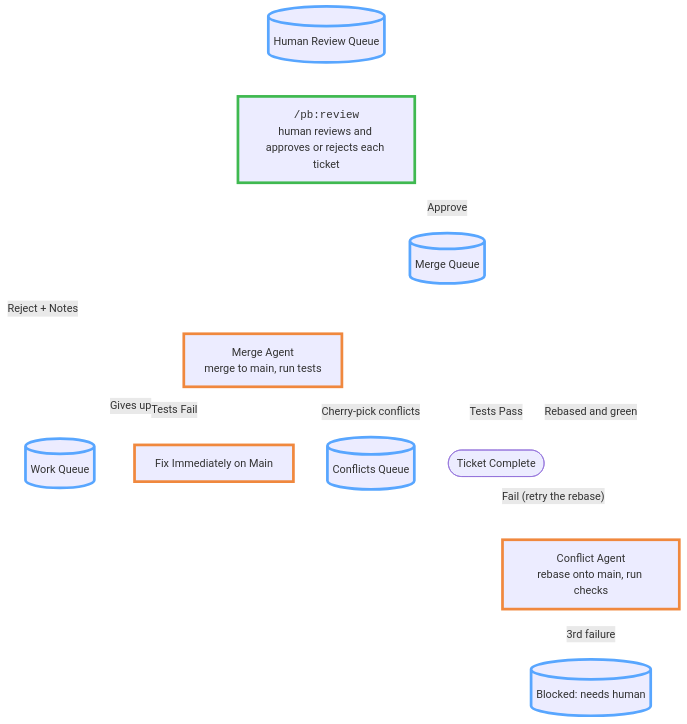
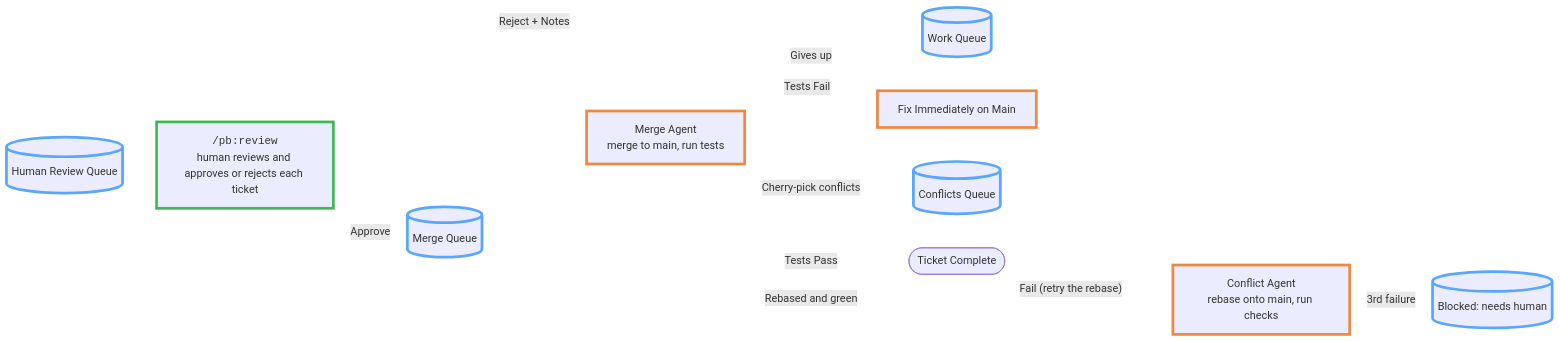
The third of 4 diagrams in handbook.md (ashleydavis/playbook), drawn with Mermaid before and after one commit. The commit also changed other lines of this file, not shown here.

Commit message:
Made the pipeline diagrams flow left to right so each fits on one screen
Top to bottom, each diagram was still taller than one screen. Left to right, each is about four times wider than it is tall, at the cost of smaller text when the page scales it to fit.

````diff
--- a/handbook.md
+++ b/handbook.md
@@ -166,27 +166,27 @@
 ```mermaid
 %%{init: {'themeVariables': {'lineColor': '#ffffff'}, 'themeCSS': '.edgeLabel p { padding: 4px 8px; }'}}%%
-flowchart TD
+flowchart LR
     HR[("Human Review Queue")] --> VIEW
 
     VIEW["<span style='font-family:monospace'>/pb:review</span><br/>human reviews and approves or rejects each ticket"]
 
     VIEW -->|Reject + Notes| WQ[("Work Queue")]
     VIEW -->|Approve| MQ[("Merge Queue")]
     MQ --> MA["Merge Agent<br/>merge to main, run tests"]
     MA -->|Tests Fail| FIX["Fix Immediately on Main"]
     FIX --> MA
     MA -->|"Gives up"| WQ
     MA -->|"Cherry-pick conflicts"| CQ[("Conflicts Queue")]
     CQ --> CA["Conflict Agent<br/>rebase onto main, run checks"]
     CA -->|"Rebased and green"| MQ
     CA -->|"Fail (retry the rebase)"| CQ
     CA -->|"3rd failure"| BLK[("Blocked: needs human")]
     MA -->|Tests Pass| DONE(["Ticket Complete"])
     classDef queue stroke:#58a6ff,stroke-width:4px
     class HR,WQ,MQ,CQ,BLK queue
     classDef human stroke:#3fb950,stroke-width:4px
     classDef agent stroke:#f0883e,stroke-width:4px
     class VIEW human
     class MA,FIX,CA agent
     linkStyle default stroke:#ffffff,stroke-width:2px
 ```
````
